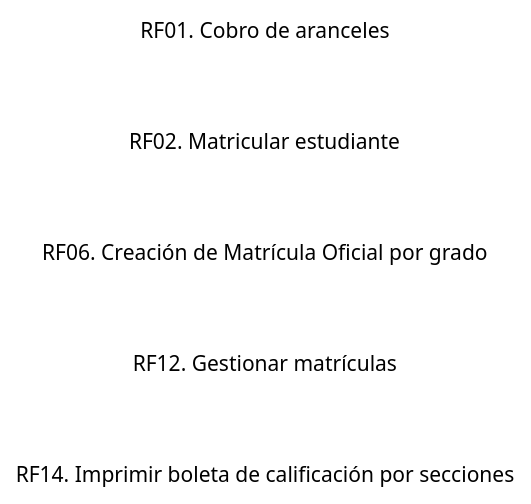
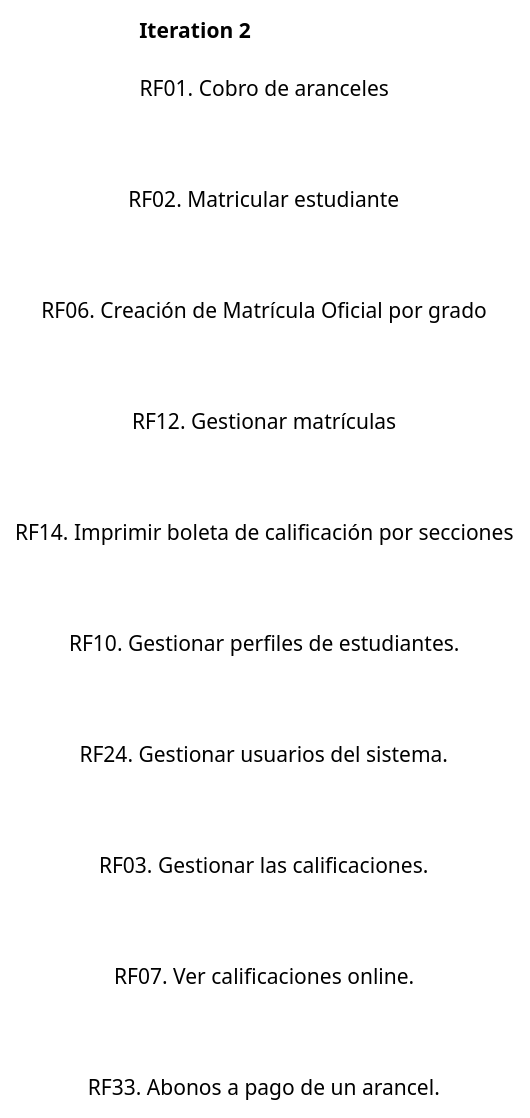
The diagram in UseCaseView/Requisites.puml (wsmcbl/wsmcbl.doc), drawn with PlantUML before and after one commit. The commit also changed 7 other files, not shown here.

```diff
--- a/UseCaseView/Requisites.puml
+++ b/UseCaseView/Requisites.puml
@@ -1,20 +1,34 @@
 @startuml
 'skinparam BackgroundColor transparent
 left to right direction
 
-
-label 0 as " "
 
 label RF01 as "RF01. Cobro de aranceles"
 label RF02 as "RF02. Matricular estudiante"
 label RF06 as "RF06. Creación de Matrícula Oficial por grado"
 label RF12 as "RF12. Gestionar matrículas"
 label RF14 as "RF14. Imprimir boleta de calificación por secciones"
 
+label 0 as " "
 0 ..[hidden]> RF01
 0 ..[hidden]> RF02
 0 ..[hidden]> RF06
 0 ..[hidden]> RF12
 0 ..[hidden]> RF14
 
+
+title Iteration 2
+
+Label RF10 as "RF10. Gestionar perfiles de estudiantes."
+Label RF24 as "RF24. Gestionar usuarios del sistema."
+Label RF03 as "RF03. Gestionar las calificaciones."
+Label RF07 as "RF07. Ver calificaciones online."
+Label RF33 as "RF33. Abonos a pago de un arancel."
+
+0 ..[hidden]> RF10
+0 ..[hidden]> RF24
+0 ..[hidden]> RF03
+0 ..[hidden]> RF07
+0 ..[hidden]> RF33
+
 @enduml
```
